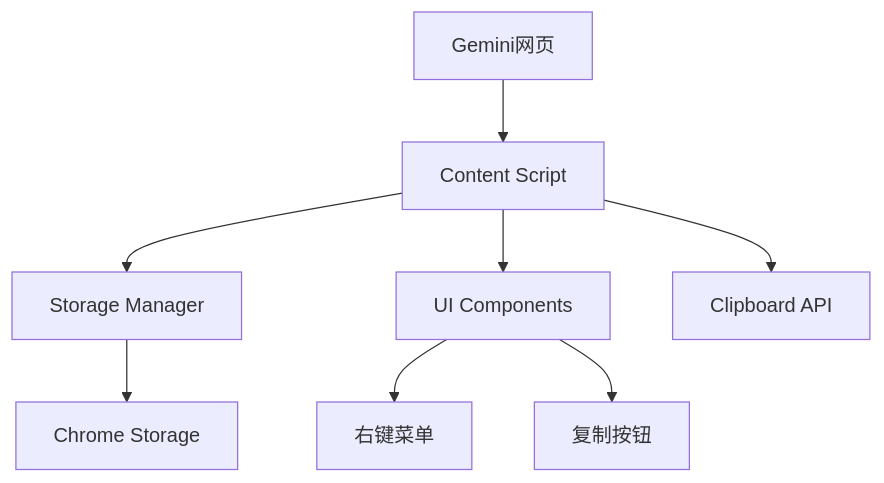
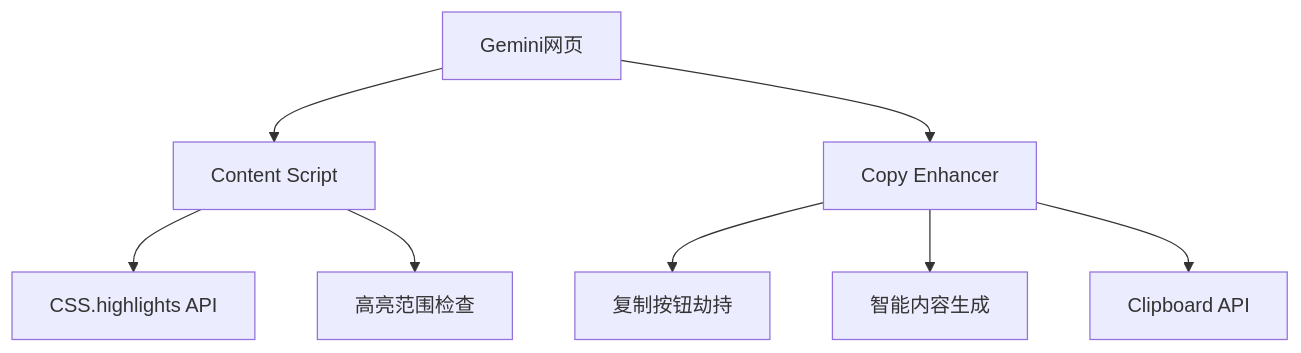
The first of 4 diagrams in specs/ai-highlight-assistant/design.md (MarssZ/Highlight-by-Marss), drawn with Mermaid before and after one commit. The commit also changed other lines of this file and 3 other files, not shown here.

First line of the commit message:
fix(copy-enhancer): 增加复制延迟并添加调试日志

````diff
--- a/specs/ai-highlight-assistant/design.md
+++ b/specs/ai-highlight-assistant/design.md
@@ -9,10 +15,10 @@
 ```mermaid
 graph TD
     A[Gemini网页] --> B[Content Script]
-    B --> C[Storage Manager]
-    B --> D[UI Components]
-    D --> E[右键菜单]
-    D --> F[复制按钮]
-    B --> G[Clipboard API]
-    C --> H[Chrome Storage]
+    A --> C[Copy Enhancer]
+    B --> D[CSS.highlights API]
+    B --> E[高亮范围检查]
+    C --> F[复制按钮劫持]
+    C --> G[智能内容生成]
+    C --> H[Clipboard API]
 ```
````
